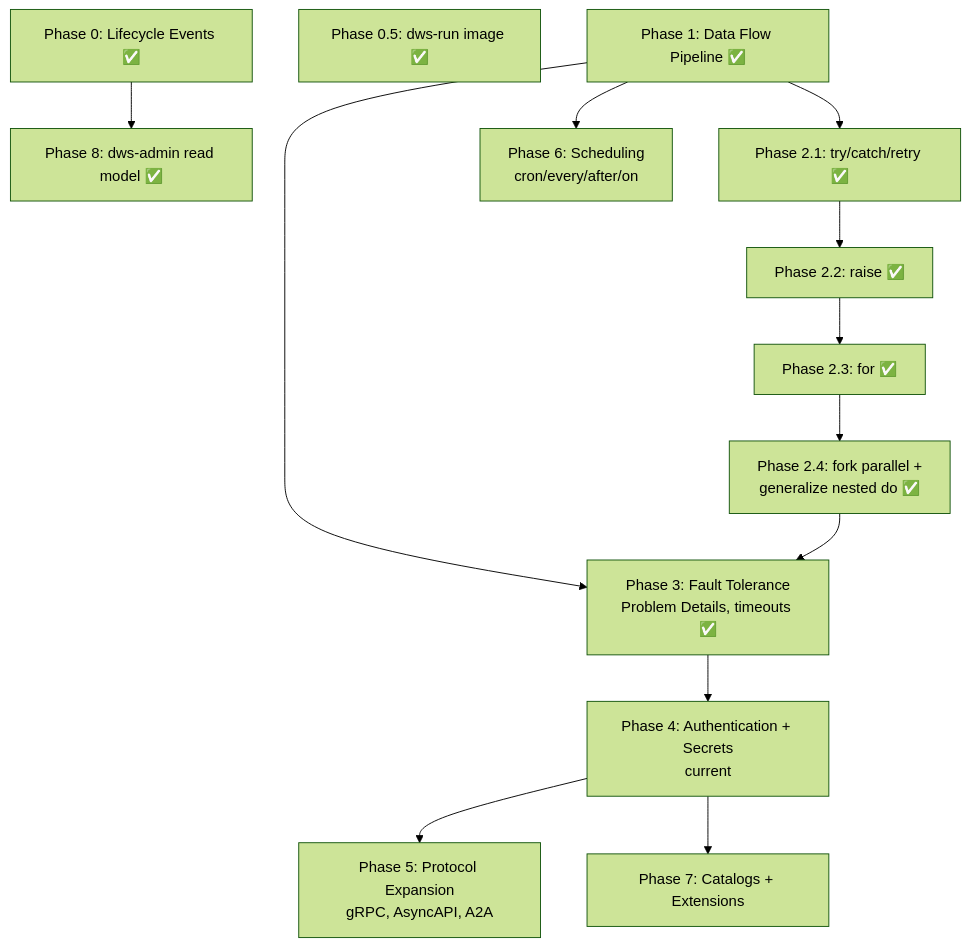
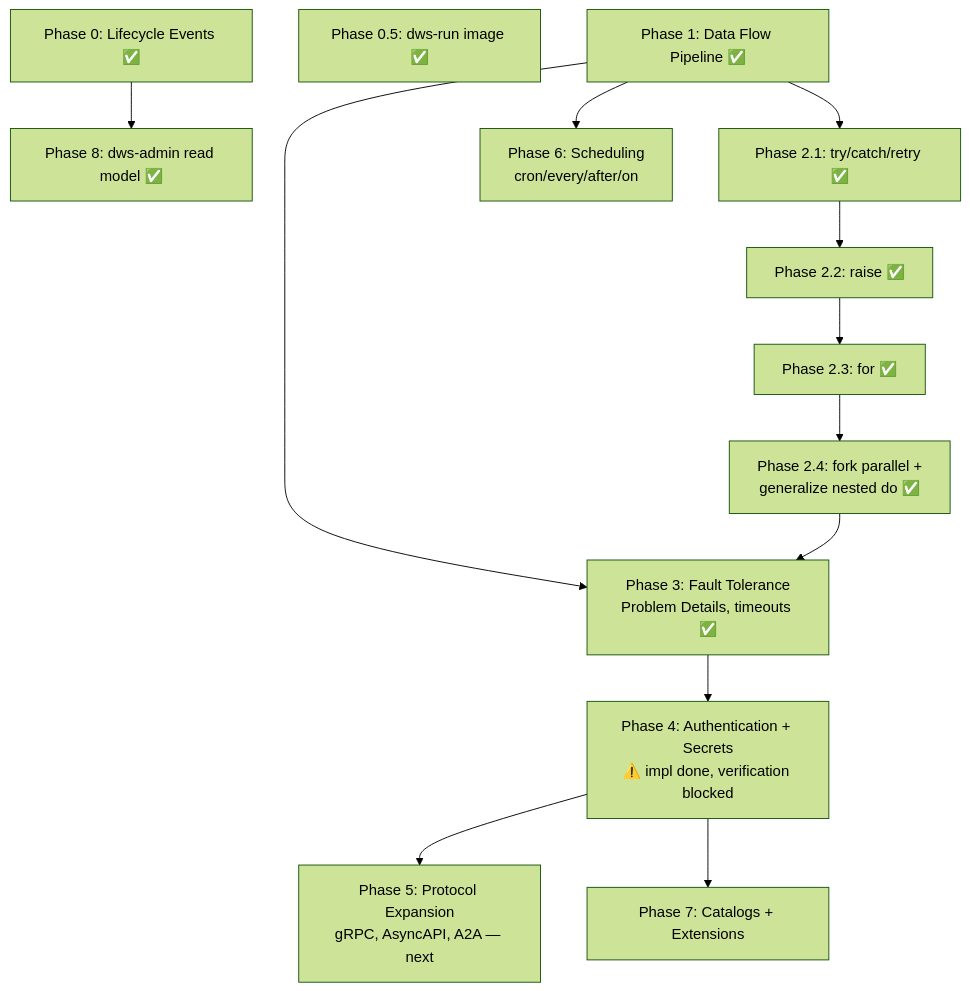
One commit to tonylibs/dapr-workflow-spec changed the diagram in docs/roadmaps/openworkflow-features.md. Above: the diagram before and after it, drawn with Mermaid (forest theme). The commit also changed other lines of this file and 1 other file, not shown here.

````diff
--- a/docs/roadmaps/openworkflow-features.md
+++ b/docs/roadmaps/openworkflow-features.md
@@ -47,15 +47,15 @@
 ```mermaid
 flowchart TD
   P0[Phase 0: Lifecycle Events ✅] --> P8[Phase 8: dws-admin read model ✅]
   P05[Phase 0.5: dws-run image ✅]
   P1[Phase 1: Data Flow Pipeline ✅] --> P2a[Phase 2.1: try/catch/retry ✅]
   P2a --> P2b[Phase 2.2: raise ✅]
   P2b --> P2c[Phase 2.3: for ✅]
   P2c --> P2d[Phase 2.4: fork parallel +<br/>generalize nested do ✅]
   P1 --> P3[Phase 3: Fault Tolerance<br/>Problem Details, timeouts ✅]
   P2d --> P3
-  P3 --> P4[Phase 4: Authentication + Secrets<br/>current]
-  P4 --> P5[Phase 5: Protocol Expansion<br/>gRPC, AsyncAPI, A2A]
+  P3 --> P4[Phase 4: Authentication + Secrets<br/>⚠️ impl done, verification blocked]
+  P4 --> P5[Phase 5: Protocol Expansion<br/>gRPC, AsyncAPI, A2A — next]
   P1 --> P6[Phase 6: Scheduling<br/>cron/every/after/on]
   P4 --> P7[Phase 7: Catalogs + Extensions]
 ```
````
